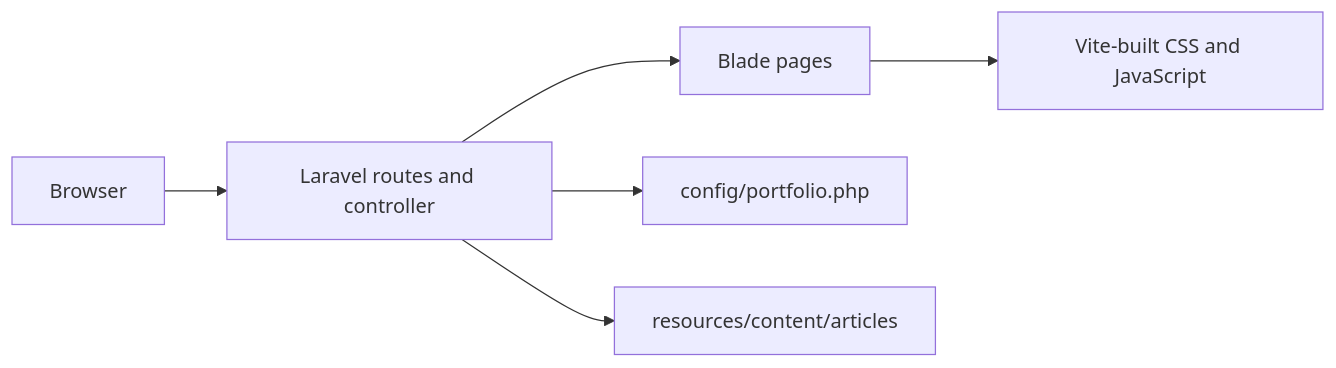
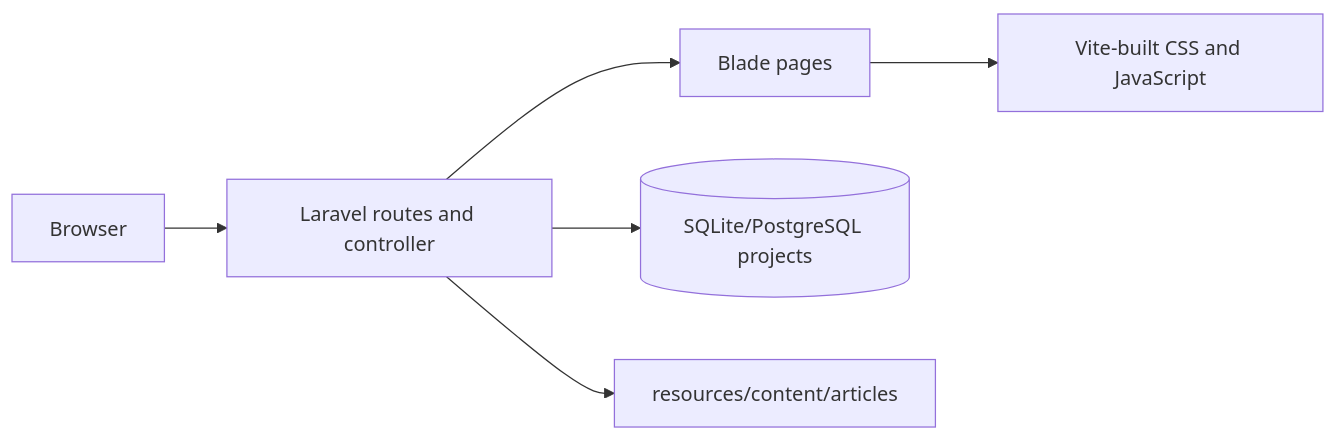
Before and after one commit to jacksonsr451/portifolio-jacksonsr451: the diagram in README.md, drawn with Mermaid. The commit also changed other lines of this file and 27 other files, not shown here.

````diff
--- a/README.md
+++ b/README.md
@@ -11,8 +43,8 @@
 ```mermaid
 flowchart LR
   Browser --> Laravel[Laravel routes and controller]
   Laravel --> Blade[Blade pages]
-  Laravel --> Catalog[config/portfolio.php]
+  Laravel --> Database[(SQLite/PostgreSQL projects)]
   Laravel --> Markdown[resources/content/articles]
   Blade --> Vite[Vite-built CSS and JavaScript]
 ```
````
